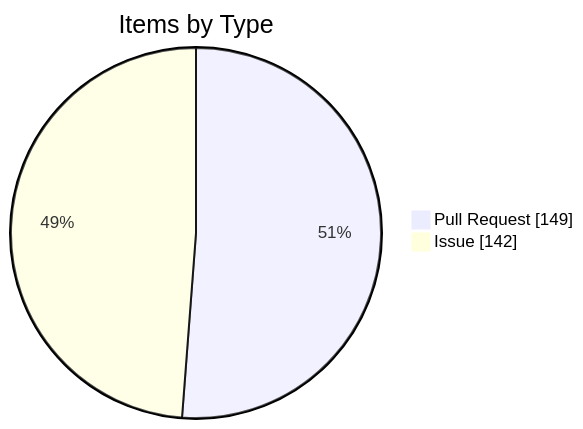
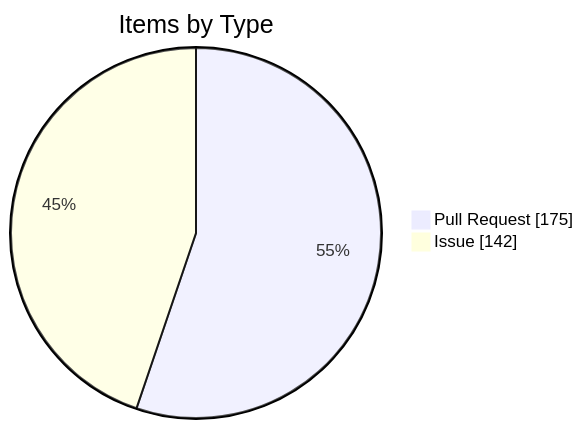
The fourth of 4 diagrams in apps/kbve/astro-kbve/src/content/docs/dashboard/kanban-data.mdx (KBVE/kbve), drawn with Mermaid before and after one commit. The commit also changed other lines of this file and 6 other files, not shown here.

````diff
--- a/apps/kbve/astro-kbve/src/content/docs/dashboard/kanban-data.mdx
+++ b/apps/kbve/astro-kbve/src/content/docs/dashboard/kanban-data.mdx
@@ -116,6 +116,6 @@
 ```mermaid
 pie showData
     title Items by Type
-    "Pull Request" : 149
+    "Pull Request" : 175
     "Issue" : 142
 ```
````
